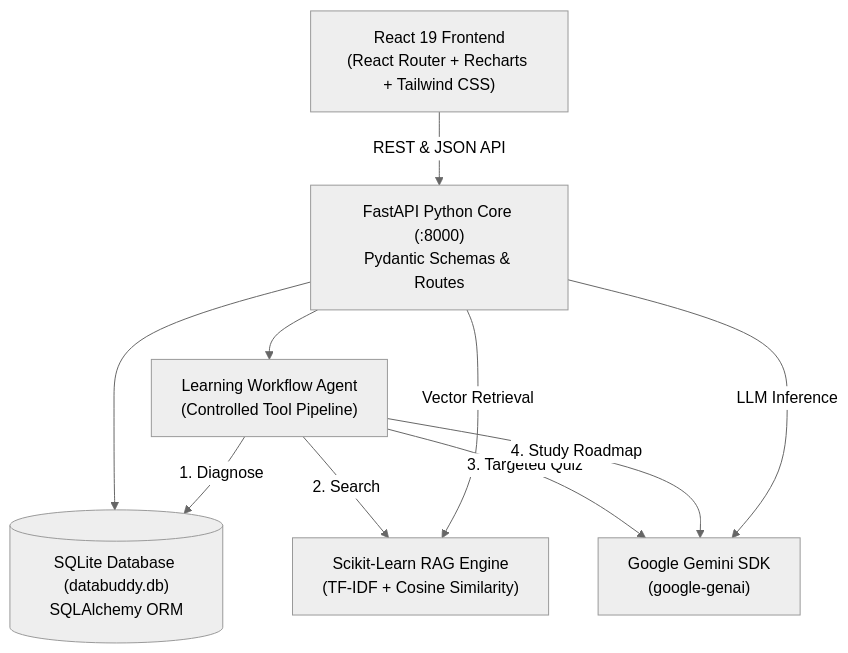
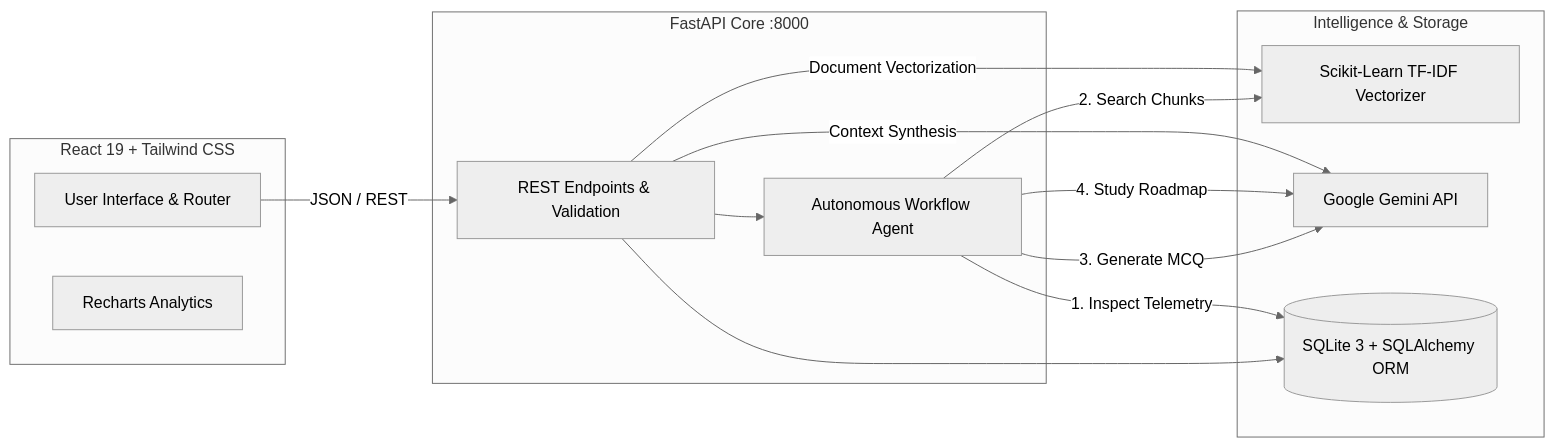
The diagram in README.md (Kratika2613/databuddy-ai), drawn with Mermaid (neutral theme) before and after one commit. The commit also changed other lines of this file and 6 other files, not shown here.

````diff
--- a/README.md
+++ b/README.md
@@ -50,19 +30,28 @@
 ```mermaid
-graph TD
-    UI["React 19 Frontend<br/>(React Router + Recharts + Tailwind CSS)"]
-    API["FastAPI Python Core (:8000)<br/>Pydantic Schemas & Routes"]
-    Agent["Learning Workflow Agent<br/>(Controlled Tool Pipeline)"]
-    RAG["Scikit-Learn RAG Engine<br/>(TF-IDF + Cosine Similarity)"]
-    Gemini["Google Gemini SDK<br/>(google-genai)"]
-    DB[("SQLite Database (databuddy.db)<br/>SQLAlchemy ORM")]
+graph LR
+    subgraph Frontend [React 19 + Tailwind CSS]
+        UI[User Interface & Router]
+        Charts[Recharts Analytics]
+    end
 
-    UI -->|REST & JSON API| API
+    subgraph Backend [FastAPI Core :8000]
+        API[REST Endpoints & Validation]
+        Agent[Autonomous Workflow Agent]
+    end
+
+    subgraph Intelligence & Storage
+        RAG[Scikit-Learn TF-IDF Vectorizer]
+        Gemini[Google Gemini API]
+        DB[(SQLite 3 + SQLAlchemy ORM)]
+    end
+
+    UI -->|JSON / REST| API
     API --> Agent
     API --> DB
-    Agent -->|1. Diagnose| DB
-    Agent -->|2. Search| RAG
-    Agent -->|3. Targeted Quiz| Gemini
+    Agent -->|1. Inspect Telemetry| DB
+    Agent -->|2. Search Chunks| RAG
+    Agent -->|3. Generate MCQ| Gemini
     Agent -->|4. Study Roadmap| Gemini
-    API -->|Vector Retrieval| RAG
-    API -->|LLM Inference| Gemini
+    API -->|Document Vectorization| RAG
+    API -->|Context Synthesis| Gemini
 ```
````
